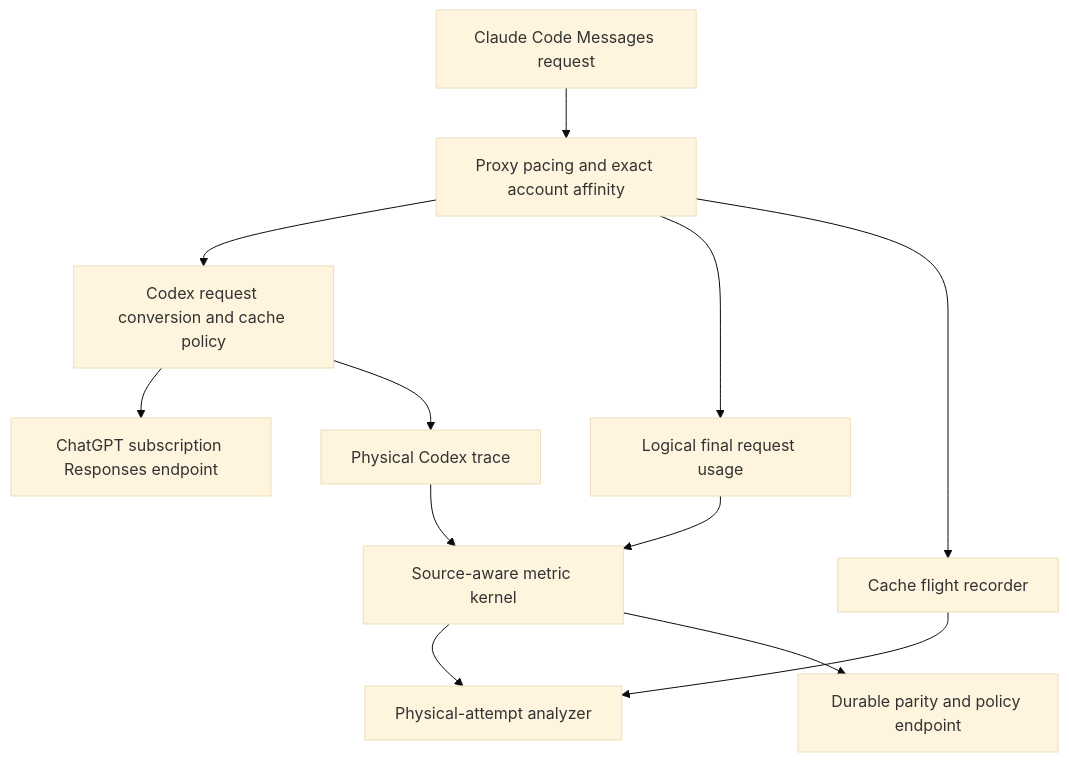
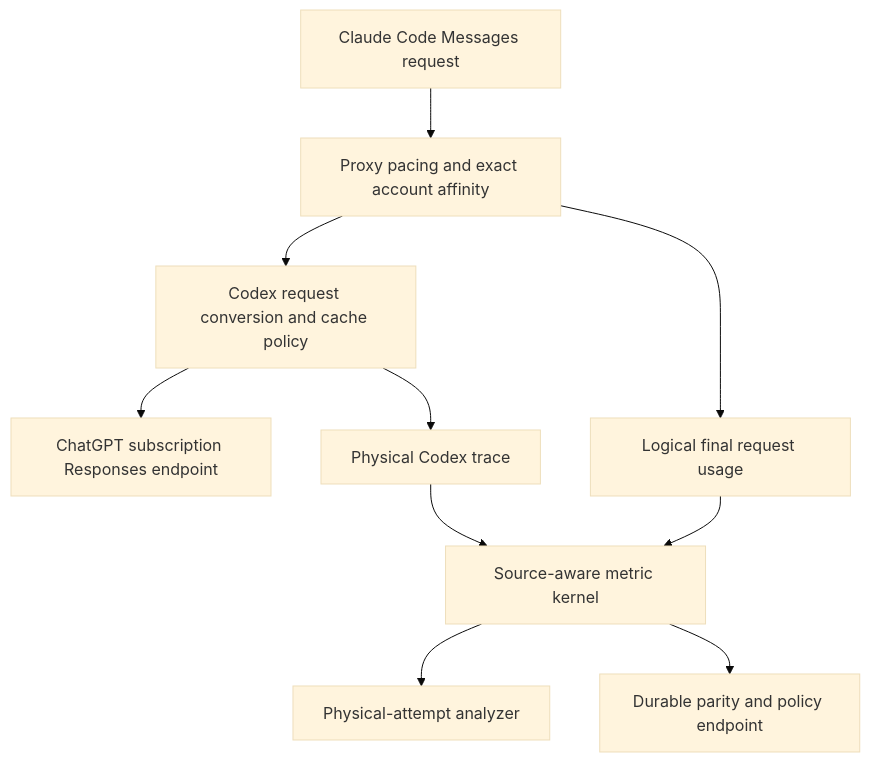
The first of 2 diagrams in docs/plans/2026-08-20-0549-perf-openai-cache-parity-plan.md (StartupBros-com/better-ccflare), drawn with Mermaid (base theme) before and after one commit. The commit also changed other lines of this file, not shown here.

First line of the commit message:
docs(plans): remove unimplemented flight-recorder edge from cache-parity plan (#242)

````diff
--- a/docs/plans/2026-08-20-0549-perf-openai-cache-parity-plan.md
+++ b/docs/plans/2026-08-20-0549-perf-openai-cache-parity-plan.md
@@ -145,14 +145,12 @@
 ```mermaid
 flowchart TB
   A[Claude Code Messages request] --> B[Proxy pacing and exact account affinity]
   B --> C[Codex request conversion and cache policy]
   C --> D[ChatGPT subscription Responses endpoint]
   B --> E[Logical final request usage]
   C --> F[Physical Codex trace]
-  B --> G[Cache flight recorder]
   E --> H[Source-aware metric kernel]
   F --> H
   H --> I[Physical-attempt analyzer]
-  G --> I
   H --> J[Durable parity and policy endpoint]
 ```
````
